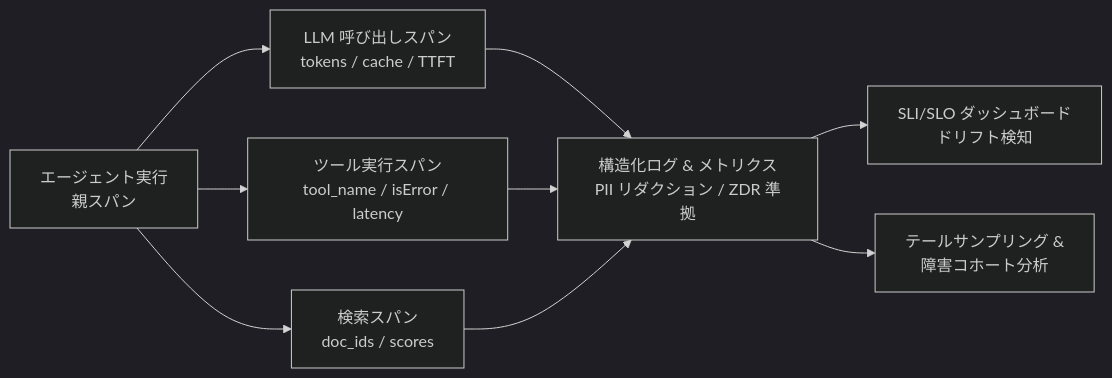
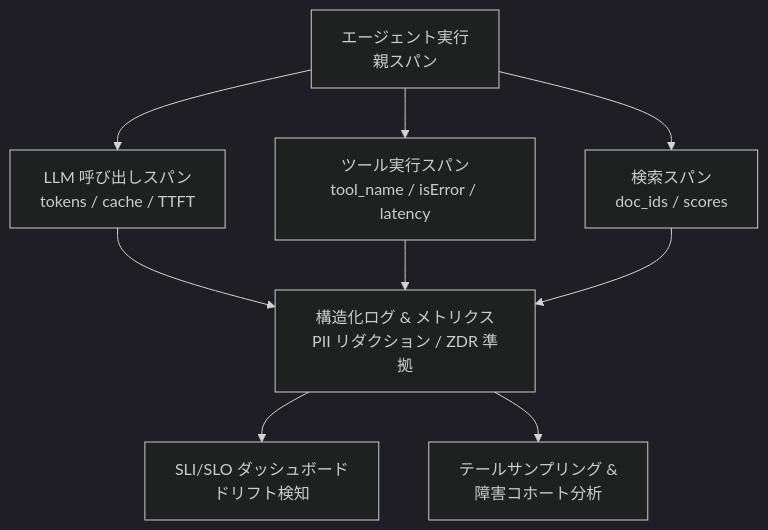
The diagram in CCDV-P対策/CCDV-P対策_原本/03-オブザーバビリティと本番環境のモニタリング.md (RIN-POKO/Studying_CertificationExams), drawn with Mermaid (dark theme) before and after one commit. The commit also changed 8 other files, not shown here.

Commit message:
Use vertical flowchart TD in CCDV-P notes and AGENTS.md

````diff
--- a/CCDV-P対策/CCDV-P対策_原本/03-オブザーバビリティと本番環境のモニタリング.md
+++ b/CCDV-P対策/CCDV-P対策_原本/03-オブザーバビリティと本番環境のモニタリング.md
@@ -23,9 +23,9 @@
 ```mermaid
-flowchart LR
+flowchart TD
   A[エージェント実行<br>親スパン] --> B[LLM 呼び出しスパン<br>tokens / cache / TTFT]
   A --> C[ツール実行スパン<br>tool_name / isError / latency]
   A --> D[検索スパン<br>doc_ids / scores]
   B & C & D --> E[構造化ログ & メトリクス<br>PII リダクション / ZDR 準拠]
   E --> F[SLI/SLO ダッシュボード<br>ドリフト検知]
   E --> G[テールサンプリング &<br>障害コホート分析]
 ```
````
